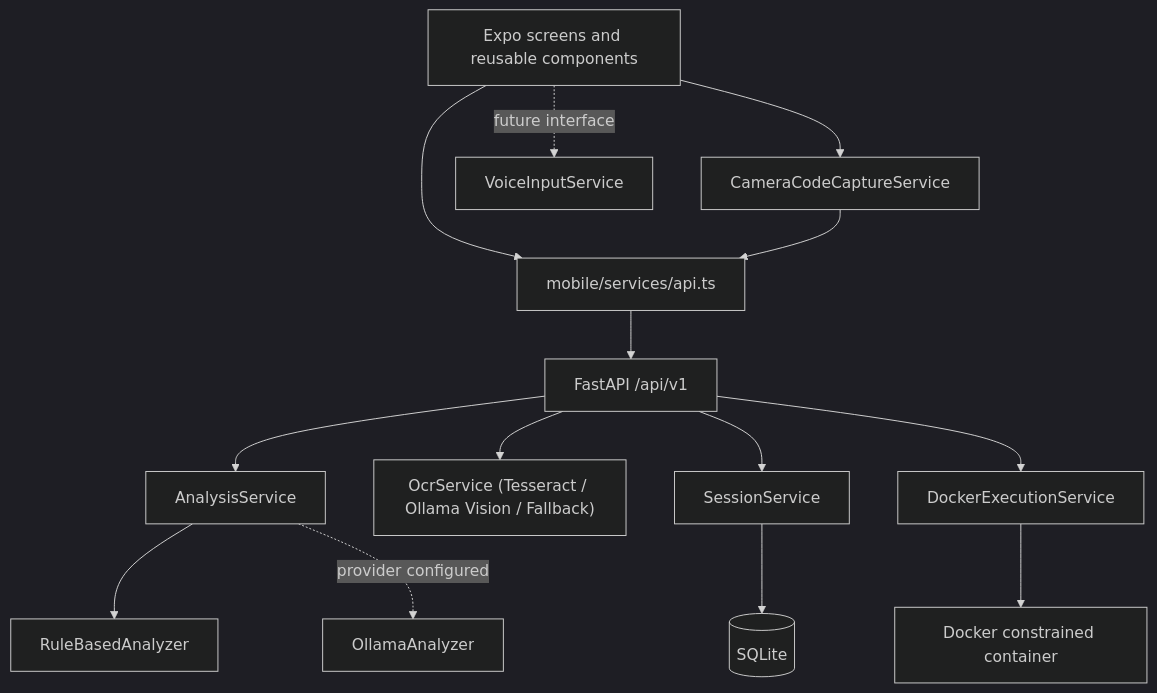
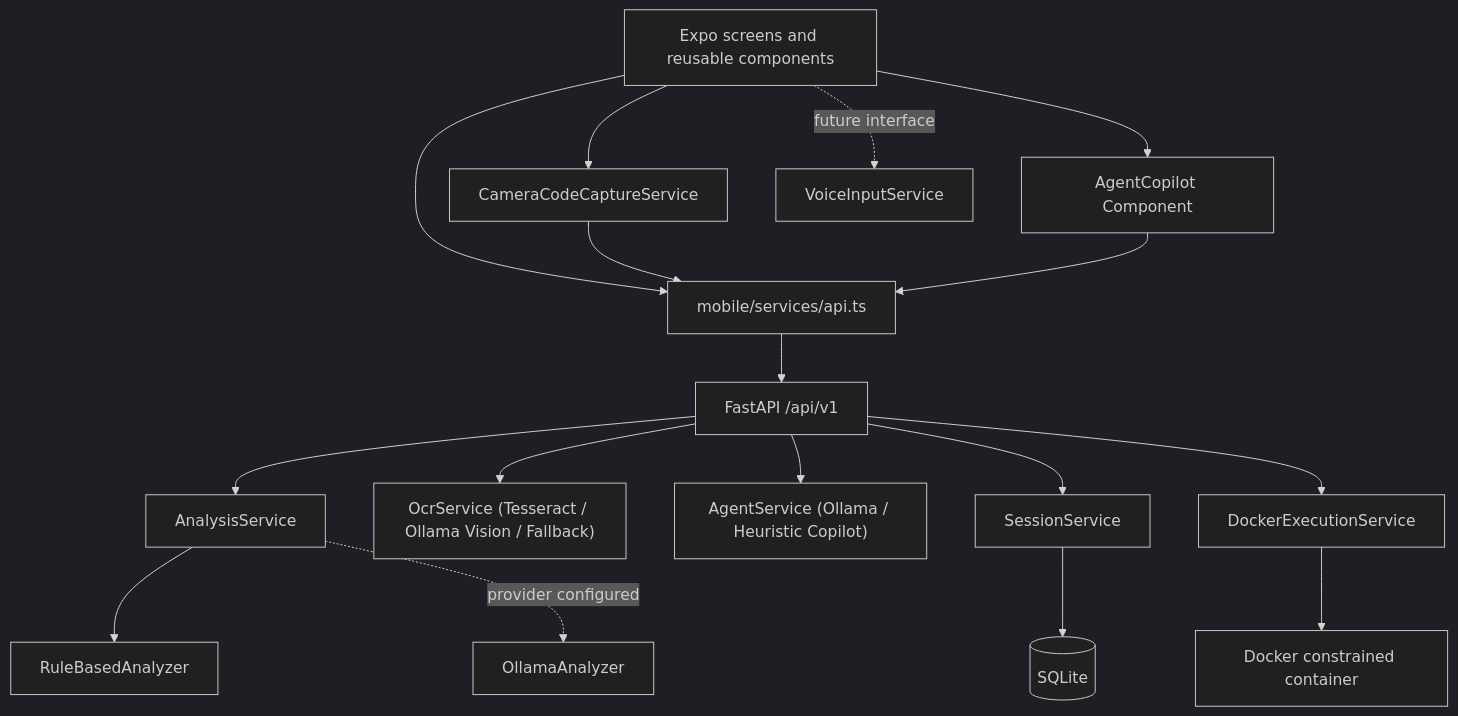
One commit to Bit-manipulators/DevLense changed the diagram in docs/ARCHITECTURE.md. Above: the diagram before and after it, drawn with Mermaid (dark theme). The commit also changed 12 other files, not shown here.

Commit message:
feat: integrate AI debugging agent (DevLens Copilot) with Ollama and heuristic fallback

````diff
--- a/docs/ARCHITECTURE.md
+++ b/docs/ARCHITECTURE.md
@@ -5,13 +5,15 @@
 ```mermaid
 flowchart TB
   UI["Expo screens and reusable components"] --> API["mobile/services/api.ts"]
   API --> REST["FastAPI /api/v1"]
   REST --> AS["AnalysisService"]
   AS --> RB["RuleBasedAnalyzer"]
   AS -. provider configured .-> OL["OllamaAnalyzer"]
   REST --> OCR["OcrService (Tesseract / Ollama Vision / Fallback)"]
+  REST --> AG["AgentService (Ollama / Heuristic Copilot)"]
   REST --> SS["SessionService"] --> DB[("SQLite")]
   REST --> ES["DockerExecutionService"] --> DC["Docker constrained container"]
   UI --> CAM["CameraCodeCaptureService"] --> API
+  UI --> COPILOT["AgentCopilot Component"] --> API
   UI -. future interface .-> VOICE["VoiceInputService"]
 ```
````
